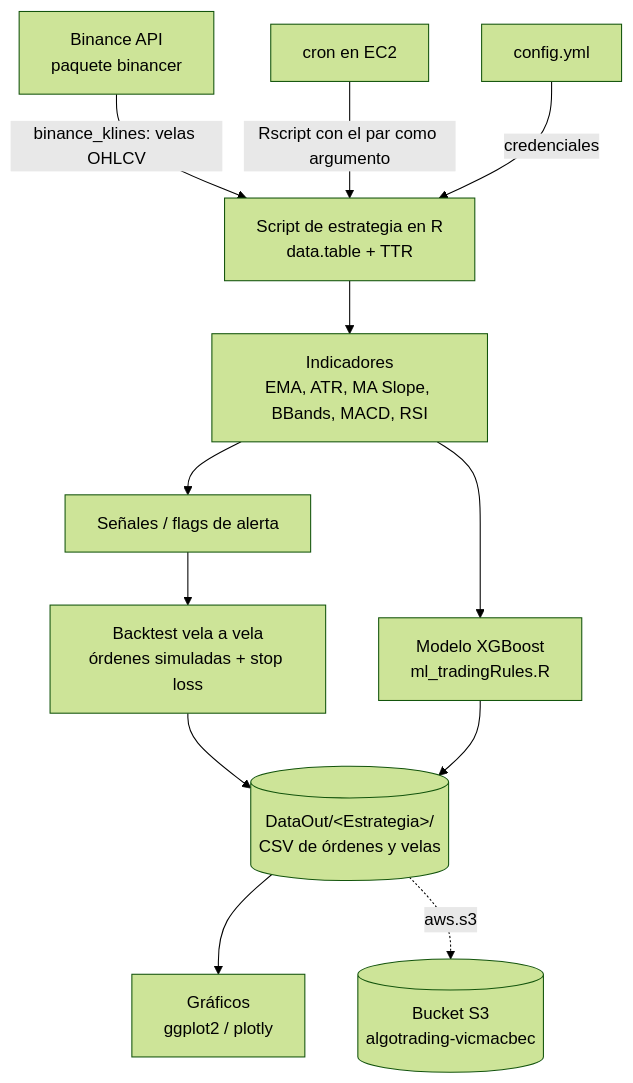
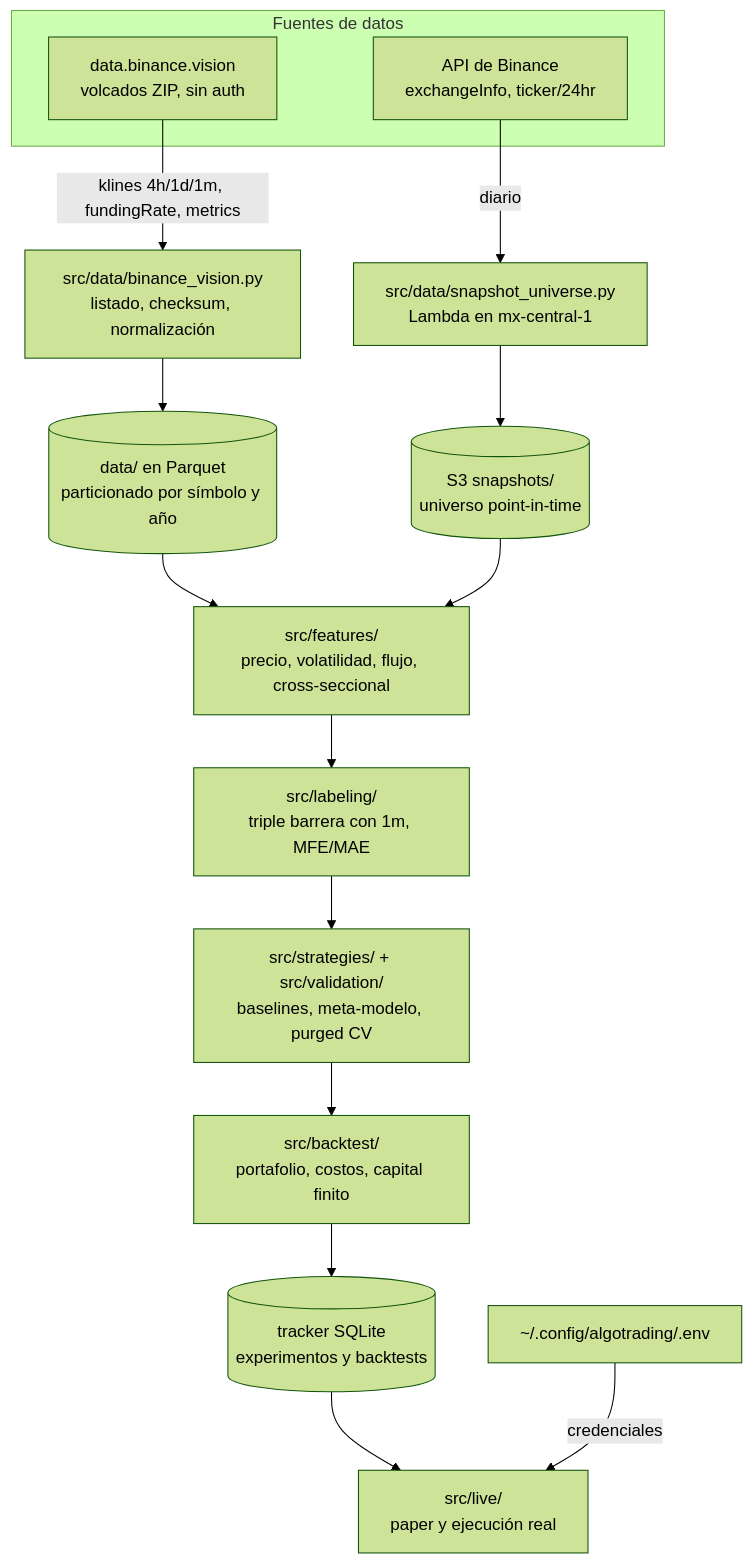
Before and after one commit to vicmacbec/algoTrading: the diagram in docs/arquitectura.md, drawn with Mermaid (forest theme). The commit also changed other lines of this file and 4 other files, not shown here.

````diff
--- a/docs/arquitectura.md
+++ b/docs/arquitectura.md
@@ -5,14 +5,22 @@
 ```mermaid
 flowchart TD
-    A[Binance API<br/>paquete binancer] -->|binance_klines: velas OHLCV| B[Script de estrategia en R<br/>data.table + TTR]
-    B --> C[Indicadores<br/>EMA, ATR, MA Slope, BBands, MACD, RSI]
-    C --> D[Señales / flags de alerta]
-    D --> E[Backtest vela a vela<br/>órdenes simuladas + stop loss]
-    E --> F[(DataOut/&lt;Estrategia&gt;/<br/>CSV de órdenes y velas)]
-    C --> G[Modelo XGBoost<br/>ml_tradingRules.R]
-    G --> F
-    F --> H[Gráficos<br/>ggplot2 / plotly]
-    I[cron en EC2] -->|Rscript con el par como argumento| B
-    F -.->|aws.s3| J[(Bucket S3<br/>algotrading-vicmacbec)]
-    K[config.yml] -->|credenciales| B
+    subgraph fuentes[Fuentes de datos]
+        A[data.binance.vision<br/>volcados ZIP, sin auth]
+        B[API de Binance<br/>exchangeInfo, ticker/24hr]
+    end
+
+    A -->|klines 4h/1d/1m, fundingRate, metrics| C[src/data/binance_vision.py<br/>listado, checksum, normalización]
+    B -->|diario| D[src/data/snapshot_universe.py<br/>Lambda en mx-central-1]
+
+    C --> E[(data/ en Parquet<br/>particionado por símbolo y año)]
+    D --> F[(S3 snapshots/<br/>universo point-in-time)]
+
+    E --> G[src/features/<br/>precio, volatilidad, flujo, cross-seccional]
+    F --> G
+    G --> H[src/labeling/<br/>triple barrera con 1m, MFE/MAE]
+    H --> I[src/strategies/ + src/validation/<br/>baselines, meta-modelo, purged CV]
+    I --> J[src/backtest/<br/>portafolio, costos, capital finito]
+    J --> K[(tracker SQLite<br/>experimentos y backtests)]
+    K --> L[src/live/<br/>paper y ejecución real]
+    M[~/.config/algotrading/.env] -->|credenciales| L
 ```
````
